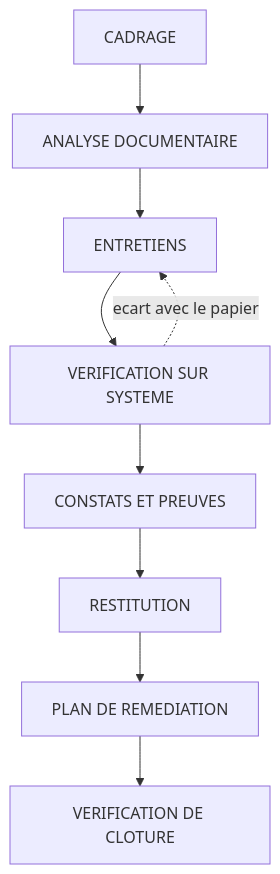
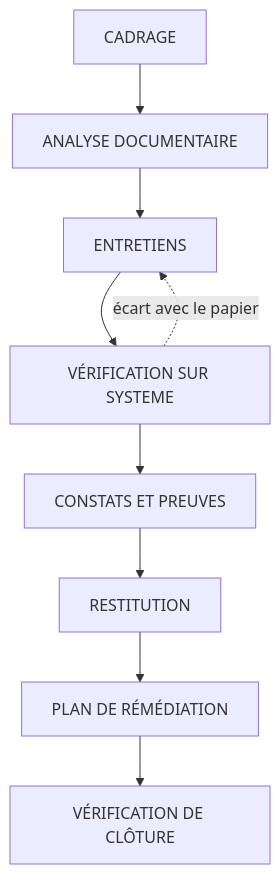
One commit to Gooseppr/GevOps_LC changed the diagram in courses/reseaux-cybersecurite/26_audit_organisationnel.md. Above: the diagram before and after it, drawn with Mermaid. The commit also changed 56 other files, not shown here.

````diff
--- a/courses/reseaux-cybersecurite/26_audit_organisationnel.md
+++ b/courses/reseaux-cybersecurite/26_audit_organisationnel.md
@@ -159,11 +159,11 @@
 ```mermaid
 flowchart TD
     A[CADRAGE] --> B[ANALYSE DOCUMENTAIRE]
     B --> C[ENTRETIENS]
-    C --> D[VERIFICATION SUR SYSTEME]
+    C --> D[VÉRIFICATION SUR SYSTEME]
     D --> E[CONSTATS ET PREUVES]
     E --> F[RESTITUTION]
-    F --> G[PLAN DE REMEDIATION]
-    G --> H[VERIFICATION DE CLOTURE]
-    D -.->|ecart avec le papier| C
+    F --> G[PLAN DE RÉMÉDIATION]
+    G --> H[VÉRIFICATION DE CLÔTURE]
+    D -.->|écart avec le papier| C
 ```
````
